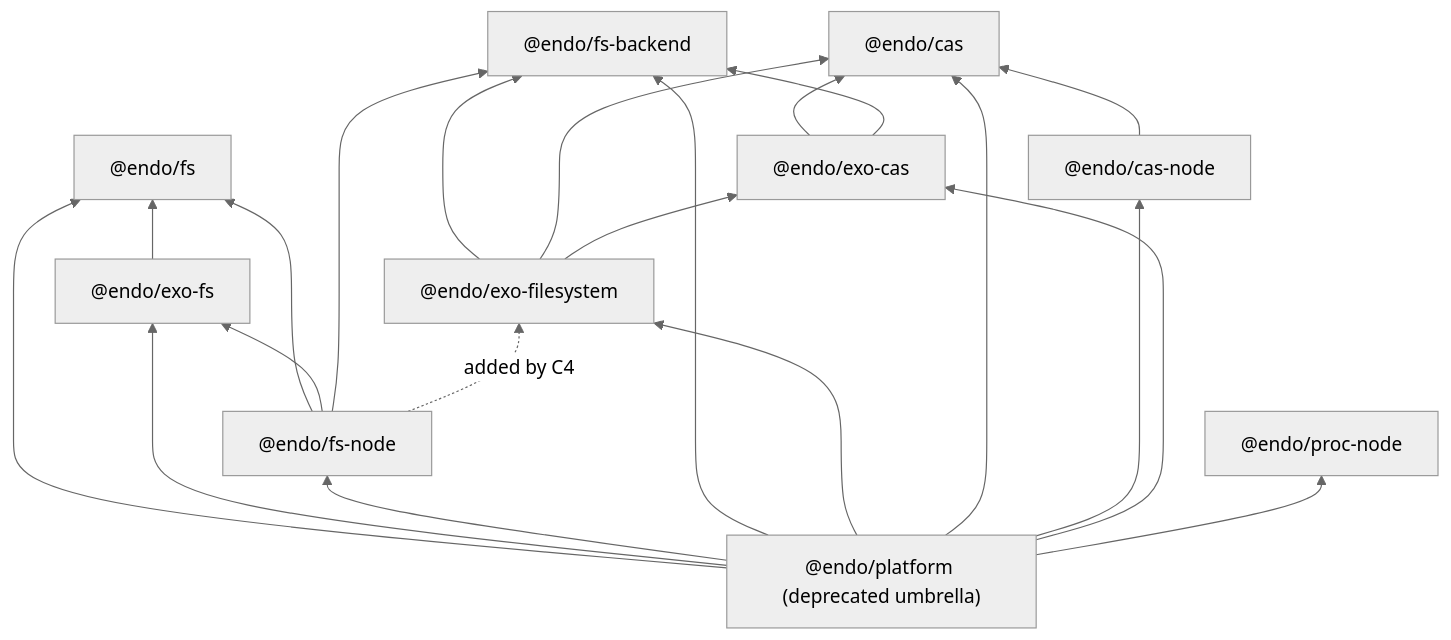
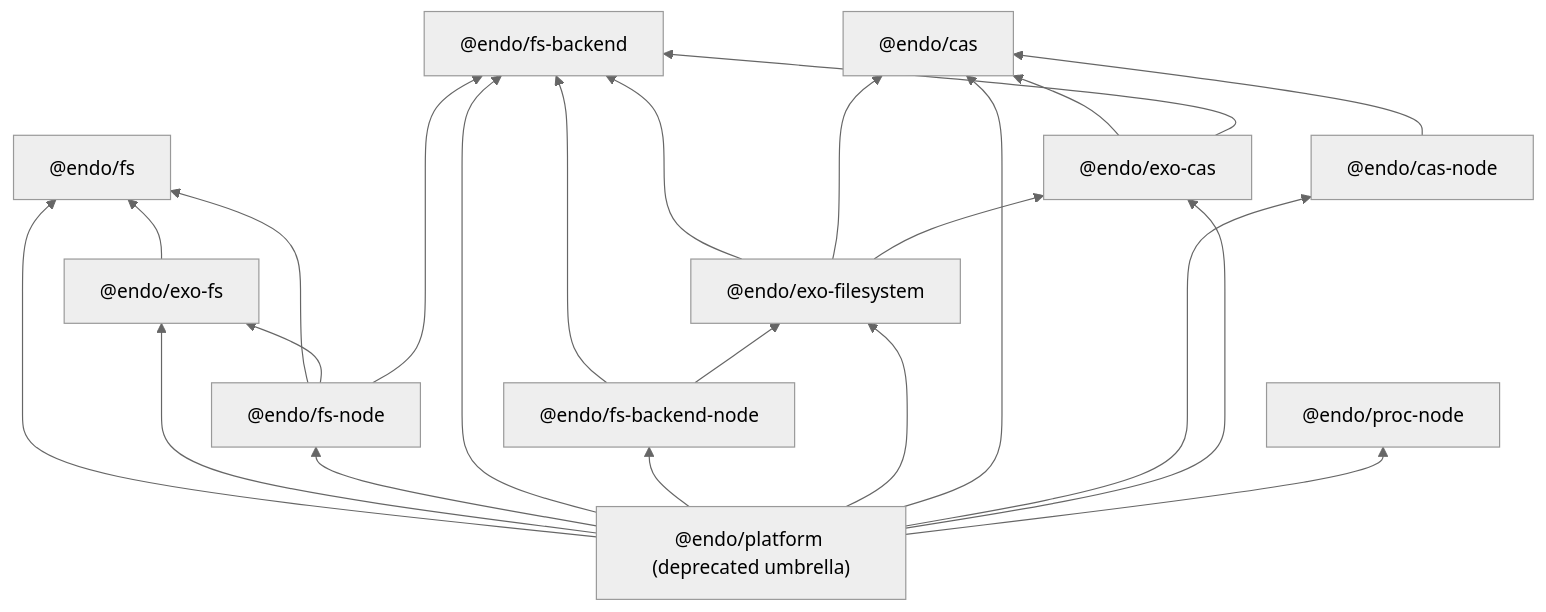
Before and after one commit to endojs/endo-but-for-bots: the diagram in designs/platform-dimension-packages.md, drawn with Mermaid (neutral theme). The commit also changed other lines of this file and 1 other file, not shown here.

First line of the commit message:
design(platform): apply panel round-2 must-fix items

````diff
--- a/designs/platform-dimension-packages.md
+++ b/designs/platform-dimension-packages.md
@@ -177,27 +189,29 @@
 ```mermaid
 graph BT
   fs["@endo/fs"]
   exofs["@endo/exo-fs"] --> fs
   fsnode["@endo/fs-node"] --> fs
   fsnode --> exofs
+  fsnode --> fsbackend
   cas["@endo/cas"]
   casnode["@endo/cas-node"] --> cas
   fsbackend["@endo/fs-backend"]
+  fsbackendnode["@endo/fs-backend-node"] --> fsbackend
+  fsbackendnode --> exofilesystem
   exocas["@endo/exo-cas"] --> cas
   exocas --> fsbackend
   exofilesystem["@endo/exo-filesystem"] --> fsbackend
   exofilesystem --> cas
   exofilesystem --> exocas
-  fsnode --> fsbackend
-  fsnode -.->|"added by C4"| exofilesystem
   procnode["@endo/proc-node"]
   platform["@endo/platform (deprecated umbrella)"] --> fs
   platform --> exofs
   platform --> fsnode
   platform --> fsbackend
+  platform --> fsbackendnode
   platform --> exofilesystem
   platform --> cas
   platform --> casnode
   platform --> exocas
   platform --> procnode
 ```
````
